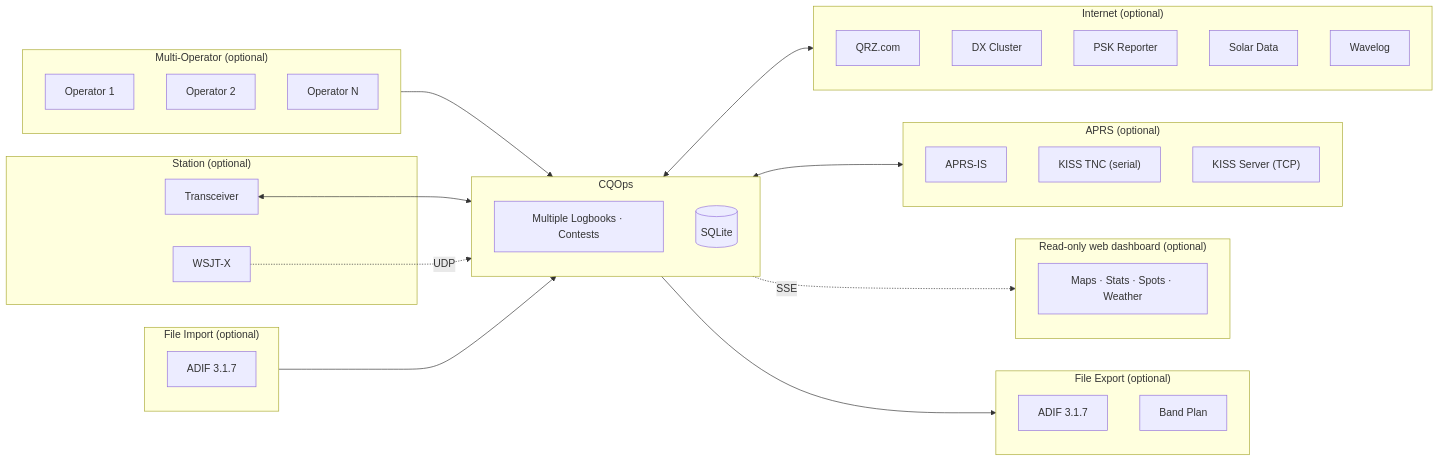
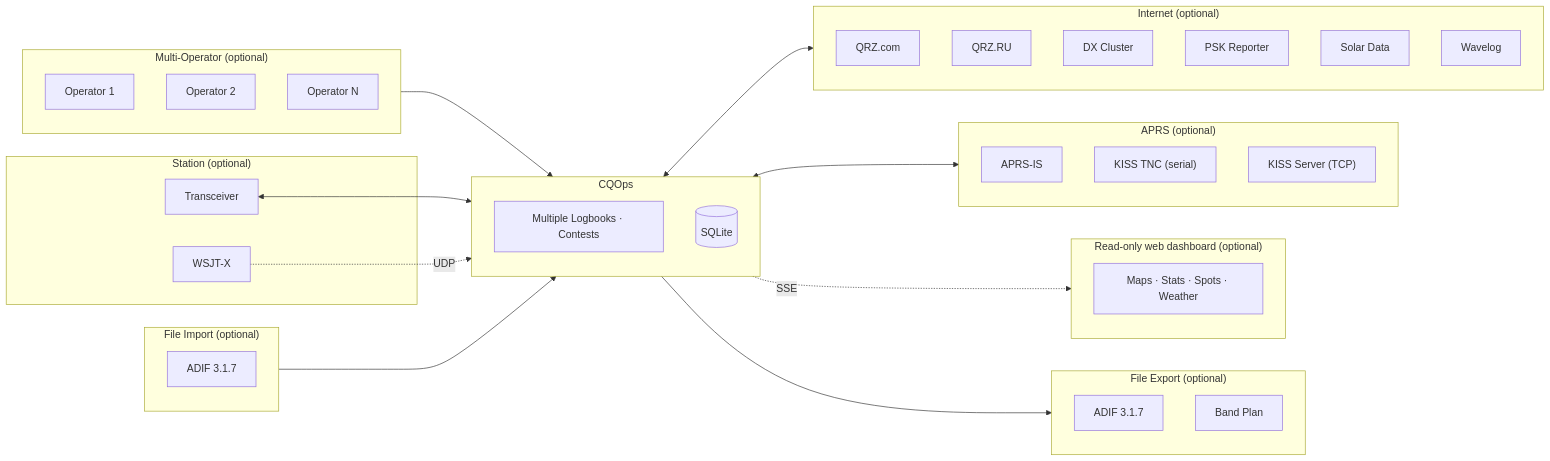
The diagram in README.md (szporwolik/cqops), drawn with Mermaid before and after one commit. The commit also changed other lines of this file and 10 other files, not shown here.

````diff
--- a/README.md
+++ b/README.md
@@ -84,47 +84,48 @@
 ```mermaid
 flowchart LR
     subgraph Station["Station (optional)"]
         rig["Transceiver"]
         wsjtx["WSJT-X"]
     end
     subgraph CQOps["CQOps"]
         core["Multiple Logbooks · Contests"]
         db[("SQLite")]
     end
     subgraph Ops["Multi-Operator (optional)"]
         op1["Operator 1"]
         op2["Operator 2"]
         opN["Operator N"]
     end
     subgraph Internet["Internet (optional)"]
         qrz["QRZ.com"]
+        qrzru["QRZ.RU"]
         dxc["DX Cluster"]
         psk["PSK Reporter"]
         solar["Solar Data"]
         wavelog["Wavelog"]
     end
     subgraph APRS["APRS (optional)"]
         aprsis["APRS-IS"]
         kissS["KISS TNC (serial)"]
         kissT["KISS Server (TCP)"]
     end
     subgraph Dash["Read-only web dashboard (optional)"]
         dash["Maps · Stats · Spots · Weather"]
     end
     subgraph FilesExport["File Export (optional)"]
         adifOut["ADIF 3.1.7"]
         bpl["Band Plan"]
     end
     subgraph FilesImport["File Import (optional)"]
         adifIn["ADIF 3.1.7"]
     end
 
     Ops --> CQOps
     rig <--> CQOps
     wsjtx -. UDP .-> CQOps
     CQOps <--> Internet
     CQOps <--> APRS
     CQOps -. SSE .-> Dash
     CQOps --> FilesExport
     FilesImport --> CQOps
 ```
````
